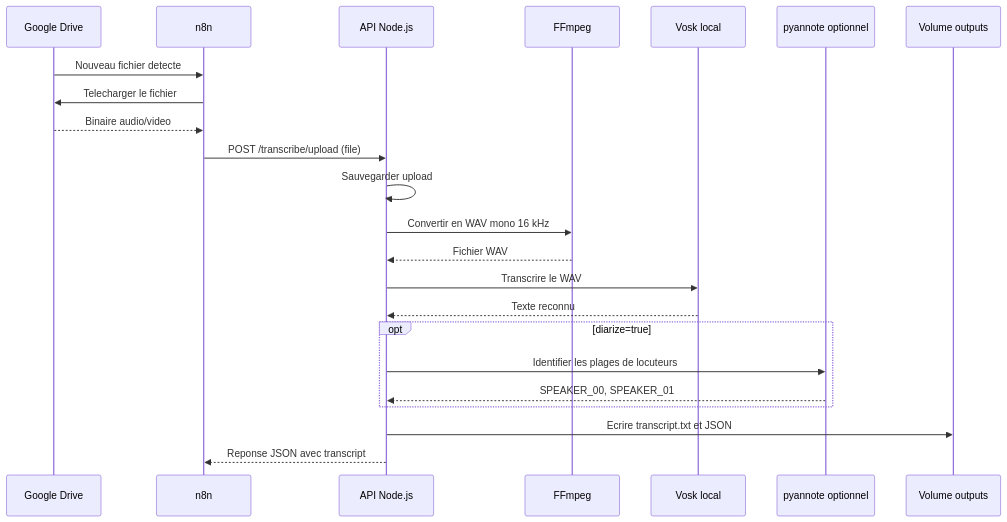
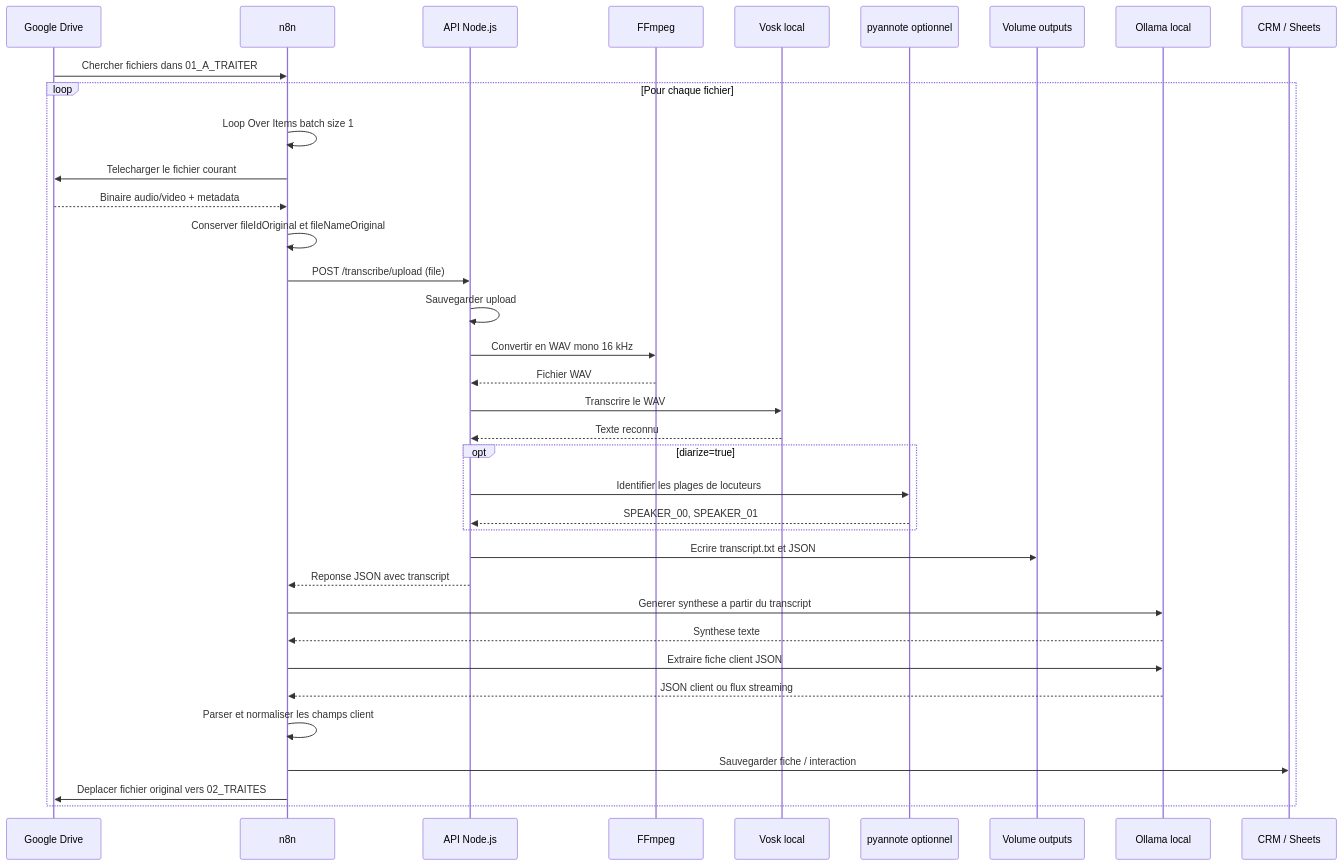
One commit to souhak00/transcription-api changed the second of 8 diagrams in ARCHITECTURE.md. Above: the diagram before and after it, drawn with Mermaid. The commit also changed other lines of this file and 15 other files, not shown here.

Commit message:
Add CRM PostgreSQL architecture and n8n backup docs

````diff
--- a/ARCHITECTURE.md
+++ b/ARCHITECTURE.md
@@ -53,26 +81,39 @@
 ```mermaid
 sequenceDiagram
     participant D as Google Drive
     participant N as n8n
     participant A as API Node.js
     participant F as FFmpeg
     participant V as Vosk local
     participant P as pyannote optionnel
     participant O as Volume outputs
+    participant L as Ollama local
+    participant C as CRM / Sheets
 
-    D->>N: Nouveau fichier detecte
-    N->>D: Telecharger le fichier
-    D-->>N: Binaire audio/video
+    D->>N: Chercher fichiers dans 01_A_TRAITER
+    loop Pour chaque fichier
+    N->>N: Loop Over Items batch size 1
+    N->>D: Telecharger le fichier courant
+    D-->>N: Binaire audio/video + metadata
+    N->>N: Conserver fileIdOriginal et fileNameOriginal
     N->>A: POST /transcribe/upload (file)
     A->>A: Sauvegarder upload
     A->>F: Convertir en WAV mono 16 kHz
     F-->>A: Fichier WAV
     A->>V: Transcrire le WAV
     V-->>A: Texte reconnu
     opt diarize=true
         A->>P: Identifier les plages de locuteurs
         P-->>A: SPEAKER_00, SPEAKER_01
     end
     A->>O: Ecrire transcript.txt et JSON
     A-->>N: Reponse JSON avec transcript
+    N->>L: Generer synthese a partir du transcript
+    L-->>N: Synthese texte
+    N->>L: Extraire fiche client JSON
+    L-->>N: JSON client ou flux streaming
+    N->>N: Parser et normaliser les champs client
+    N->>C: Sauvegarder fiche / interaction
+    N->>D: Deplacer fichier original vers 02_TRAITES
+    end
 ```
````
